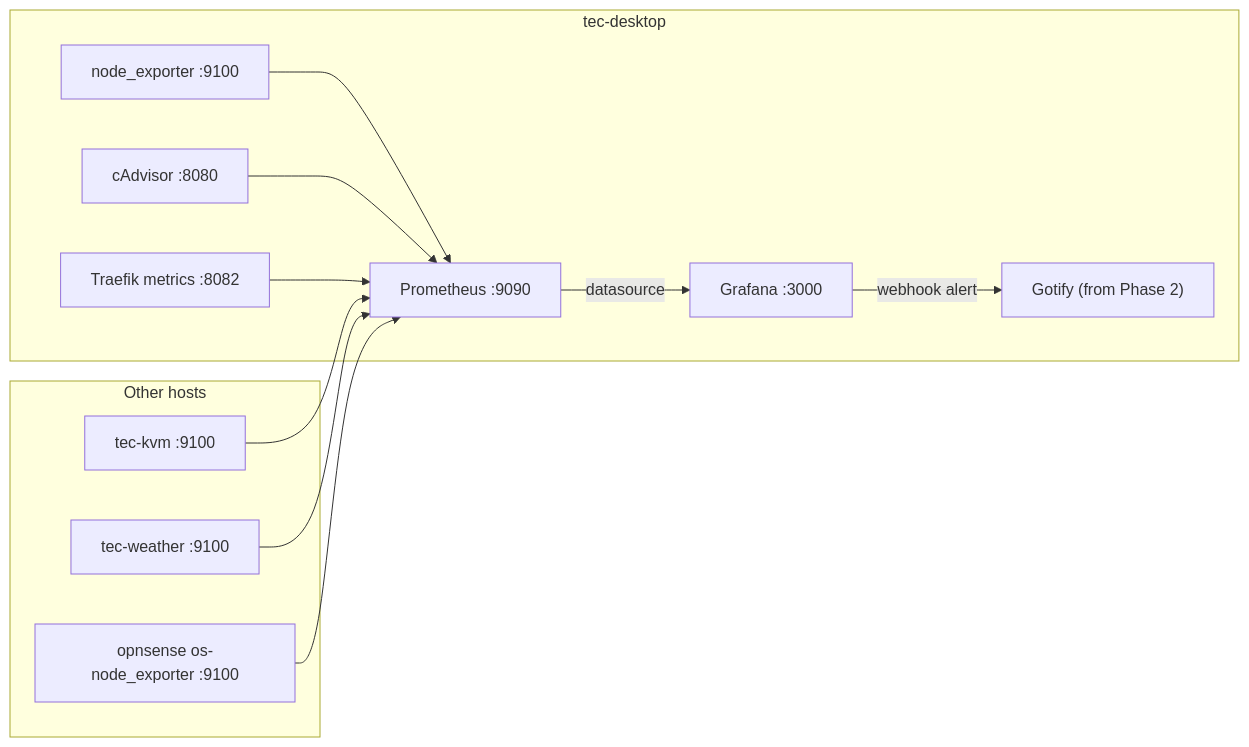
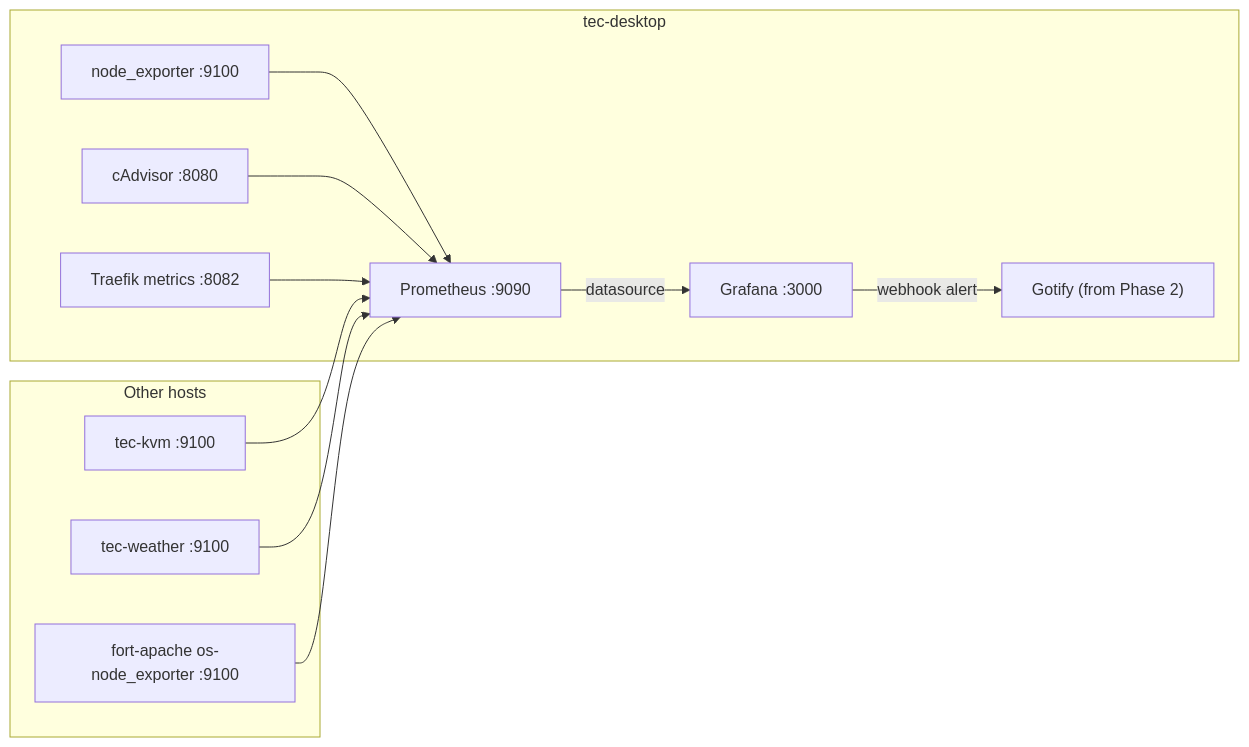
The diagram in .cursor/plan/prometheus-monitoring-stack.md (tim-oe/home_server), drawn with Mermaid before and after one commit. The commit also changed other lines of this file and 22 other files, not shown here.

````diff
--- a/.cursor/plan/prometheus-monitoring-stack.md
+++ b/.cursor/plan/prometheus-monitoring-stack.md
@@ -67,24 +67,24 @@
 ```mermaid
 flowchart LR
   subgraph desktop ["tec-desktop"]
     nodeExp["node_exporter :9100"]
     cadvisor["cAdvisor :8080"]
     traefikM["Traefik metrics :8082"]
     prom["Prometheus :9090"]
     graf["Grafana :3000"]
     gotify["Gotify (from Phase 2)"]
   end
   subgraph hosts ["Other hosts"]
     kvm["tec-kvm :9100"]
     weather["tec-weather :9100"]
-    opn["opnsense os-node_exporter :9100"]
+    opn["fort-apache os-node_exporter :9100"]
   end
   nodeExp --> prom
   cadvisor --> prom
   traefikM --> prom
   kvm --> prom
   weather --> prom
   opn --> prom
   prom -->|"datasource"| graf
   graf -->|"webhook alert"| gotify
 ```
````
